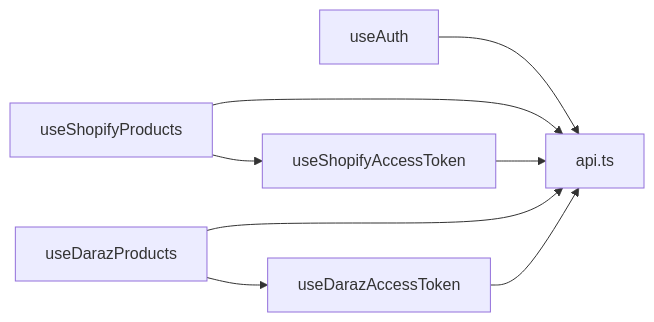
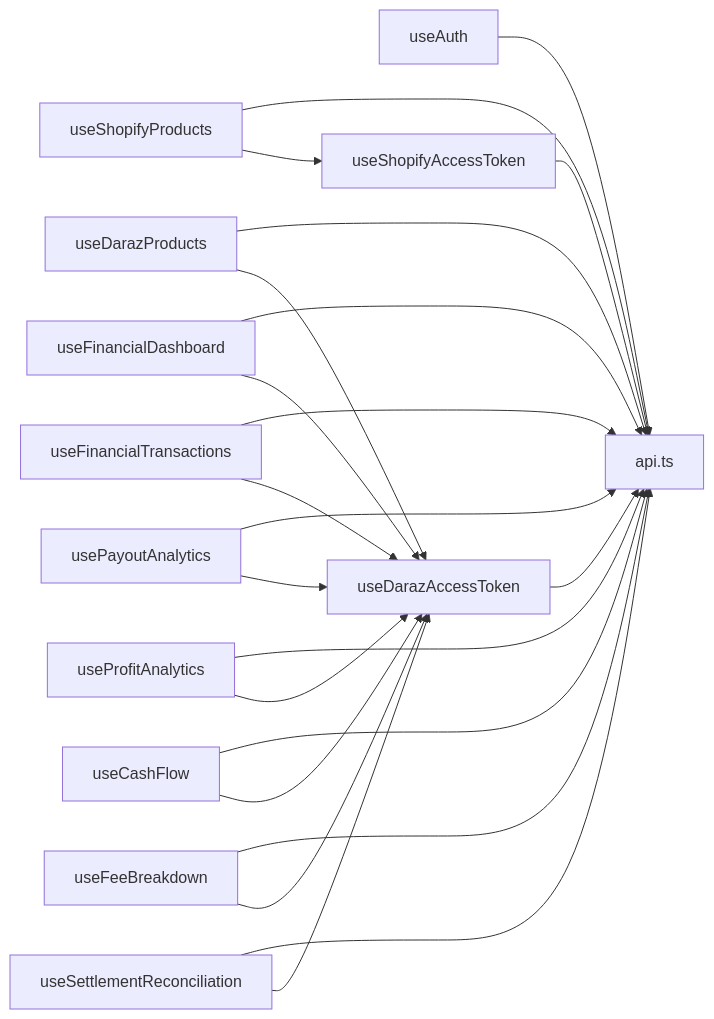
The third of 5 diagrams in .qoder/repowiki/en/content/API Integration.md (Muhammad-Masood/tijarah-ai-app), drawn with Mermaid before and after one commit. The commit also changed other lines of this file and 25 other files, not shown here.

````diff
--- a/.qoder/repowiki/en/content/API Integration.md
+++ b/.qoder/repowiki/en/content/API Integration.md
@@ -343,10 +448,24 @@
 ```mermaid
 graph LR
 Auth["useAuth"] --> API["api.ts"]
 ShopifyToken["useShopifyAccessToken"] --> API
 DarazToken["useDarazAccessToken"] --> API
 ShopifyProducts["useShopifyProducts"] --> API
 DarazProducts["useDarazProducts"] --> API
+FinanceDashboard["useFinancialDashboard"] --> API
+FinanceTransactions["useFinancialTransactions"] --> API
+FinancePayouts["usePayoutAnalytics"] --> API
+FinanceProfit["useProfitAnalytics"] --> API
+FinanceCashFlow["useCashFlow"] --> API
+FinanceFees["useFeeBreakdown"] --> API
+FinanceSettlement["useSettlementReconciliation"] --> API
 ShopifyProducts --> ShopifyToken
 DarazProducts --> DarazToken
+FinanceDashboard --> DarazToken
+FinanceTransactions --> DarazToken
+FinancePayouts --> DarazToken
+FinanceProfit --> DarazToken
+FinanceCashFlow --> DarazToken
+FinanceFees --> DarazToken
+FinanceSettlement --> DarazToken
 ```
````
